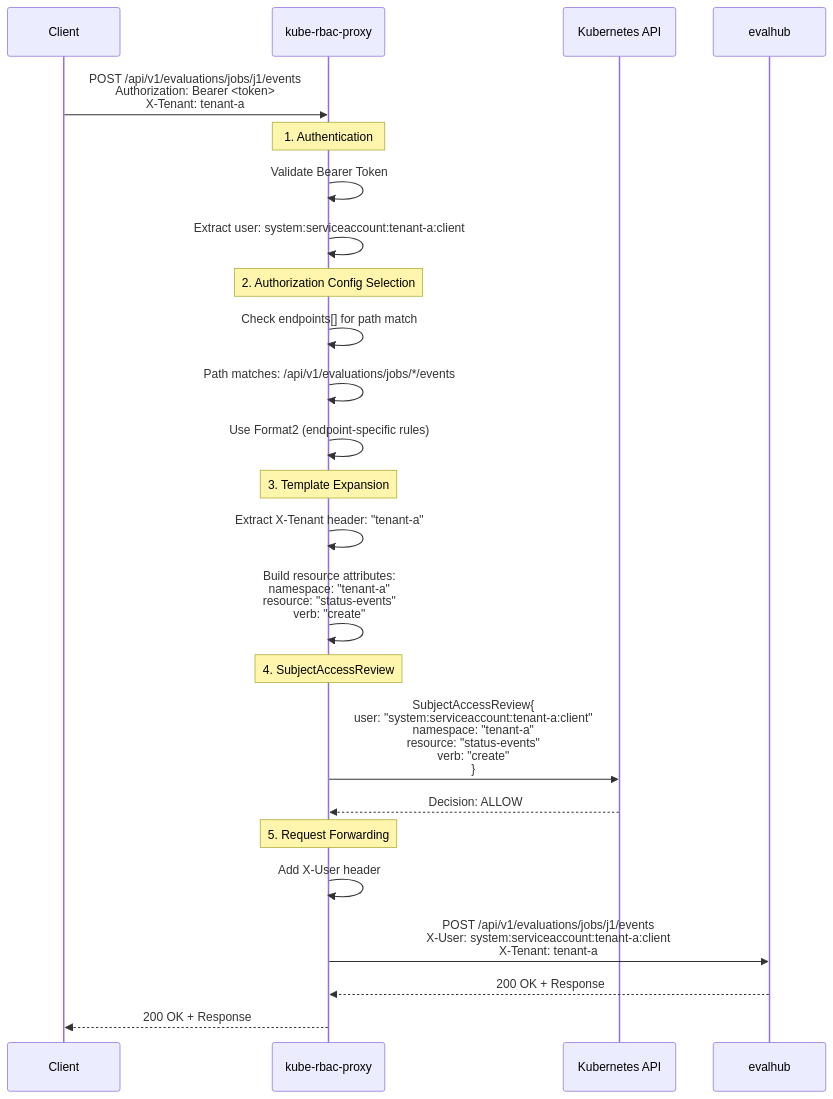
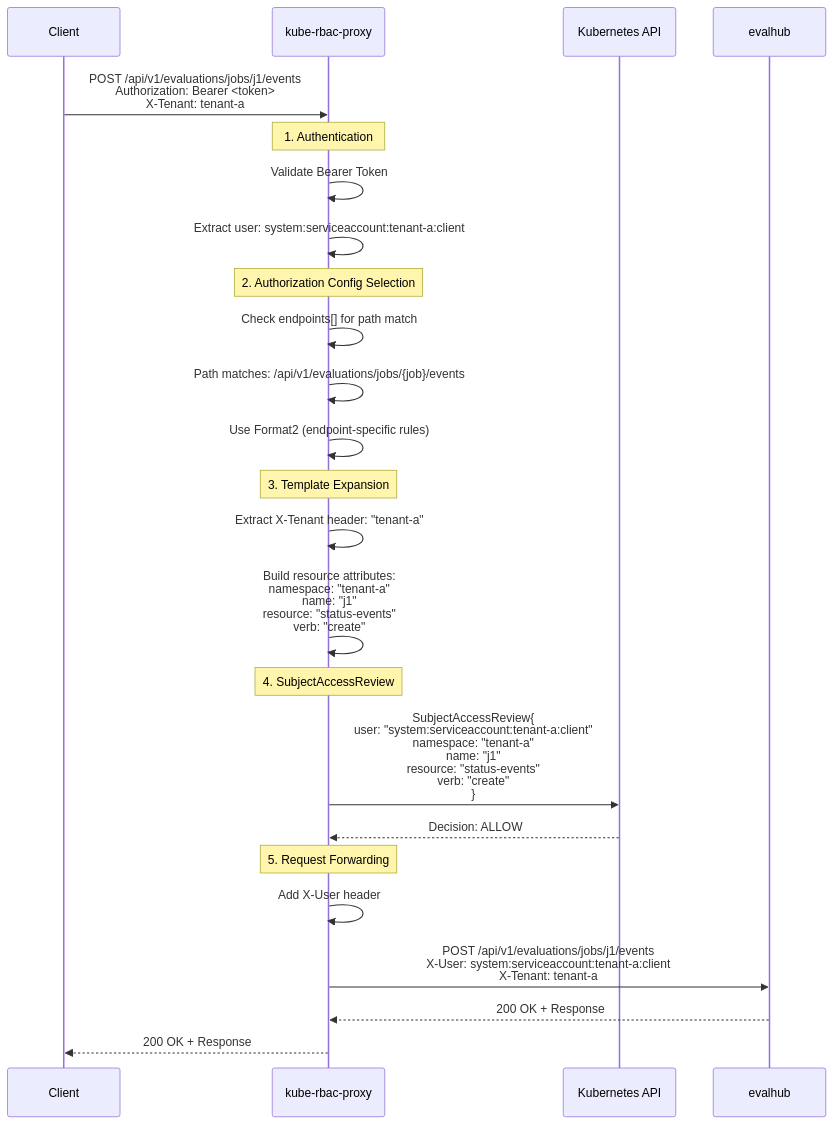
The second of 5 diagrams in tenant_architecture.md (opendatahub-io/kube-rbac-proxy), drawn with Mermaid before and after one commit. The commit also changed other lines of this file and 5 other files, not shown here.

````diff
--- a/tenant_architecture.md
+++ b/tenant_architecture.md
@@ -67,32 +91,32 @@
 ```mermaid
 sequenceDiagram
     participant C as Client
     participant KRP as kube-rbac-proxy
     participant K8s as Kubernetes API
     participant App as evalhub
 
     C->>KRP: POST /api/v1/evaluations/jobs/j1/events<br/>Authorization: Bearer <token><br/>X-Tenant: tenant-a
     
     Note over KRP: 1. Authentication
     KRP->>KRP: Validate Bearer Token
     KRP->>KRP: Extract user: system:serviceaccount:tenant-a:client
     
     Note over KRP: 2. Authorization Config Selection
     KRP->>KRP: Check endpoints[] for path match
-    KRP->>KRP: Path matches: /api/v1/evaluations/jobs/*/events
+    KRP->>KRP: Path matches: /api/v1/evaluations/jobs/{job}/events
     KRP->>KRP: Use Format2 (endpoint-specific rules)
     
     Note over KRP: 3. Template Expansion
     KRP->>KRP: Extract X-Tenant header: "tenant-a"
-    KRP->>KRP: Build resource attributes:<br/>namespace: "tenant-a"<br/>resource: "status-events"<br/>verb: "create"
+    KRP->>KRP: Build resource attributes:<br/>namespace: "tenant-a"<br/>name: "j1"<br/>resource: "status-events"<br/>verb: "create"
     
     Note over KRP: 4. SubjectAccessReview
-    KRP->>K8s: SubjectAccessReview{<br/>  user: "system:serviceaccount:tenant-a:client"<br/>  namespace: "tenant-a"<br/>  resource: "status-events"<br/>  verb: "create"<br/>}
+    KRP->>K8s: SubjectAccessReview{<br/>  user: "system:serviceaccount:tenant-a:client"<br/>  namespace: "tenant-a"<br/>  name: "j1"<br/>  resource: "status-events"<br/>  verb: "create"<br/>}
     K8s-->>KRP: Decision: ALLOW
     
     Note over KRP: 5. Request Forwarding
     KRP->>KRP: Add X-User header
     KRP->>App: POST /api/v1/evaluations/jobs/j1/events<br/>X-User: system:serviceaccount:tenant-a:client<br/>X-Tenant: tenant-a
     App-->>KRP: 200 OK + Response
     KRP-->>C: 200 OK + Response
 ```
````
